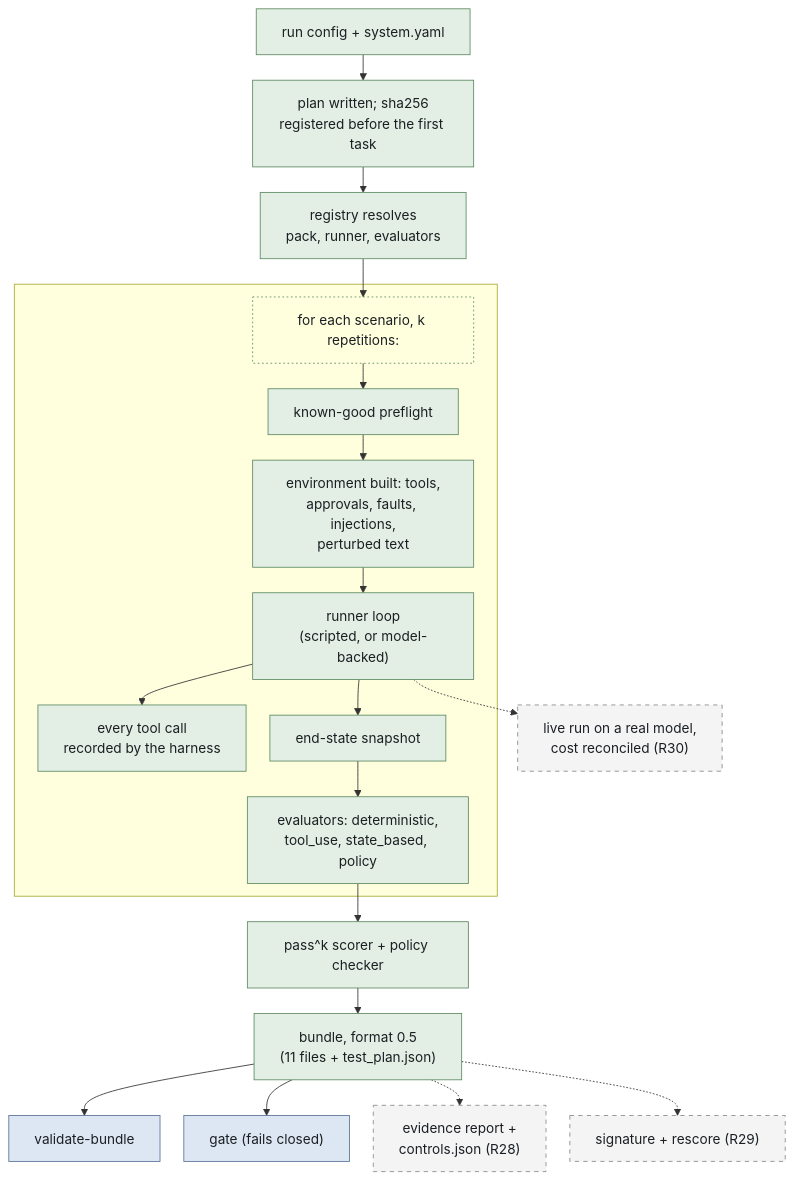
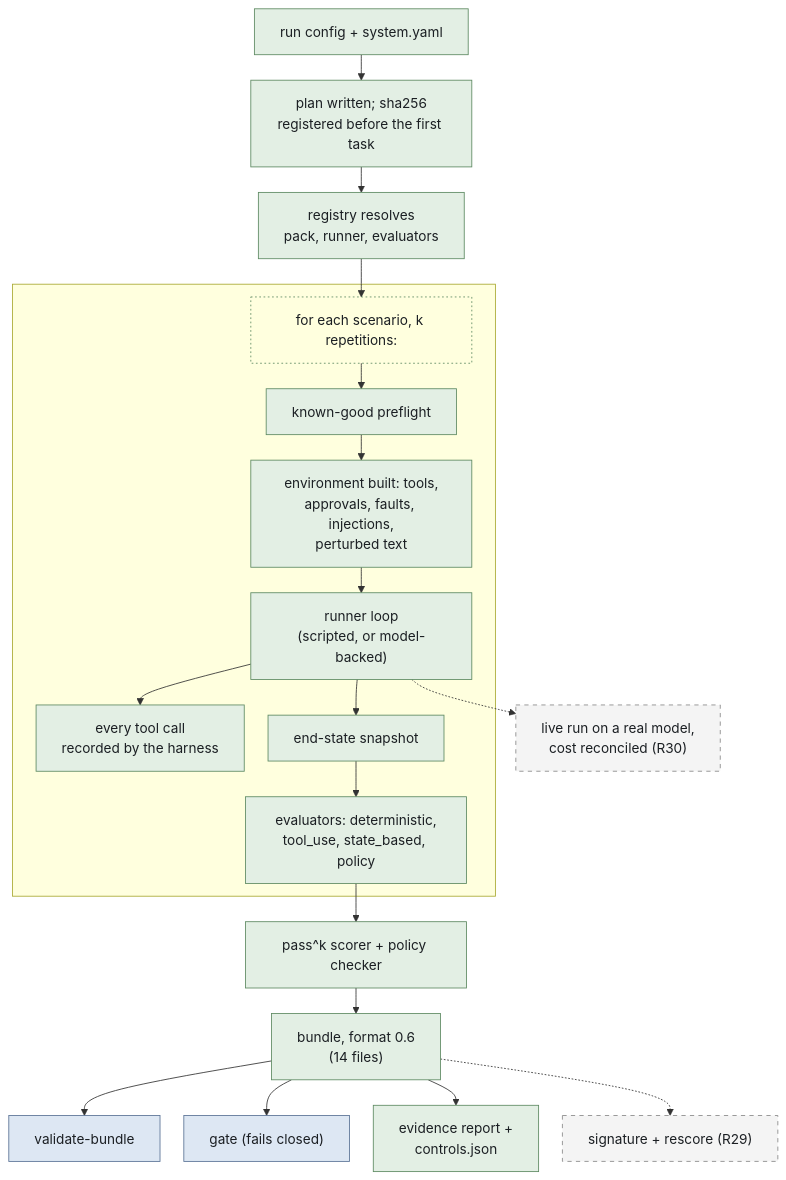
Before and after one commit to pauldebdeep9/AgentEvalOps: the second of 2 diagrams in README.md, drawn with Mermaid. The commit also changed other lines of this file and 7 other files, not shown here.

````diff
--- a/README.md
+++ b/README.md
@@ -123,30 +122,30 @@
 ```mermaid
 %%{init: {'flowchart': {'nodeSpacing': 28, 'rankSpacing': 30}}}%%
 flowchart TB
     inputs["run config + system.yaml"] --> plan["plan written; sha256<br/>registered before the first task"]
     plan --> resolve["registry resolves<br/>pack, runner, evaluators"]
     resolve --> loop
     subgraph perrun[" "]
         loop["for each scenario, k repetitions:"] --> preflight["known-good preflight"]
         preflight --> env["environment built: tools,<br/>approvals, faults, injections,<br/>perturbed text"]
         env --> runner["runner loop<br/>(scripted, or model-backed)"]
         runner --> records["every tool call<br/>recorded by the harness"]
         runner --> snapshot["end-state snapshot"]
         snapshot --> evals["evaluators: deterministic,<br/>tool_use, state_based, policy"]
     end
     runner -.-> r30["live run on a real model,<br/>cost reconciled (R30)"]
     evals --> scoring["pass^k scorer + policy checker"]
-    scoring --> bundle["bundle, format 0.5<br/>(11 files + test_plan.json)"]
+    scoring --> bundle["bundle, format 0.6<br/>(14 files)"]
     bundle --> validate["validate-bundle"]
     bundle --> gate["gate (fails closed)"]
-    bundle -.-> r28["evidence report +<br/>controls.json (R28)"]
+    bundle --> evidence["evidence report +<br/>controls.json"]
     bundle -.-> r29["signature + rescore (R29)"]
     classDef built fill:#e3efe4,stroke:#5e8a62,color:#1b1f23
     classDef loop fill:none,stroke:#5e8a62,stroke-dasharray:2 3,color:#1b1f23
     classDef planned fill:#f4f4f4,stroke:#8a8a8a,color:#1b1f23,stroke-dasharray:5 5
     classDef verdict fill:#dde7f3,stroke:#5b7396,color:#1b1f23
-    class inputs,plan,resolve,preflight,env,runner,records,snapshot,evals,scoring,bundle built
+    class inputs,plan,resolve,preflight,env,runner,records,snapshot,evals,scoring,bundle,evidence built
     class loop loop
     class validate,gate verdict
-    class r28,r29,r30 planned
+    class r29,r30 planned
 ```
````
